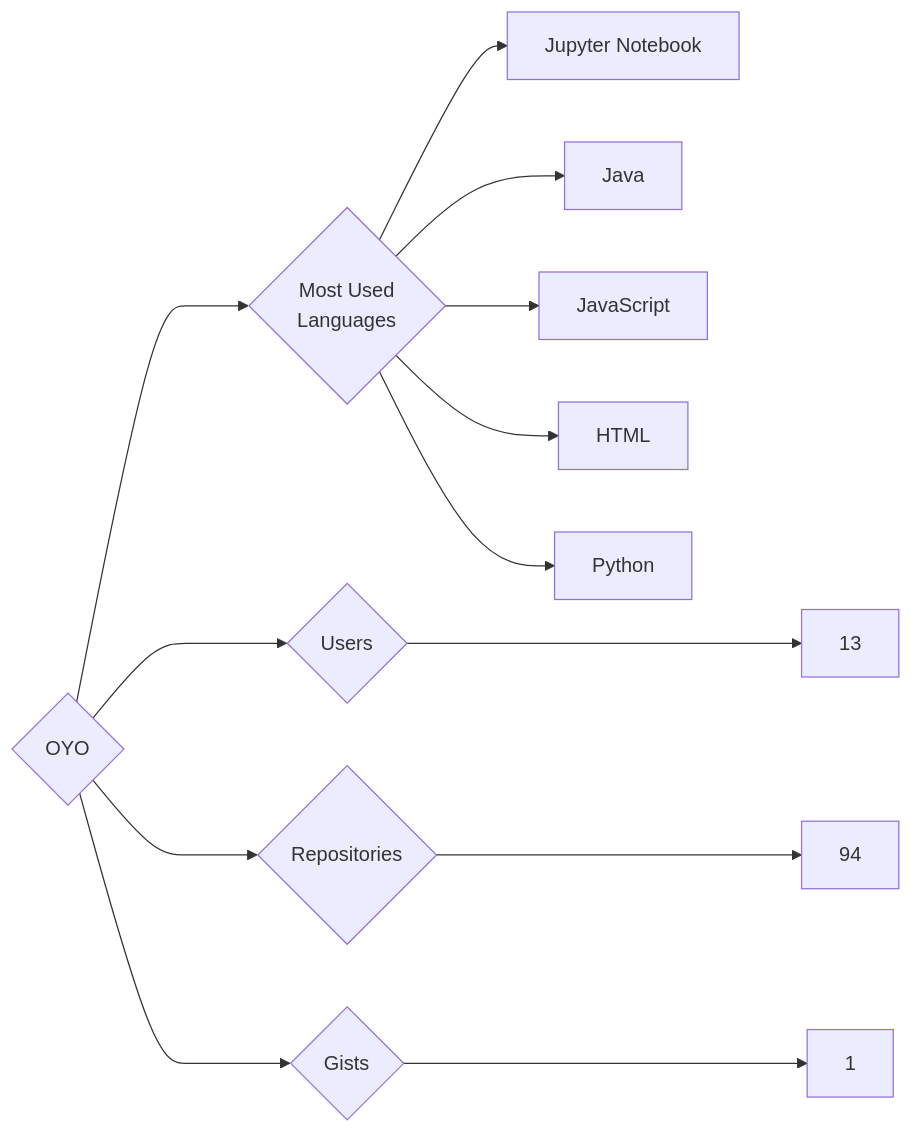
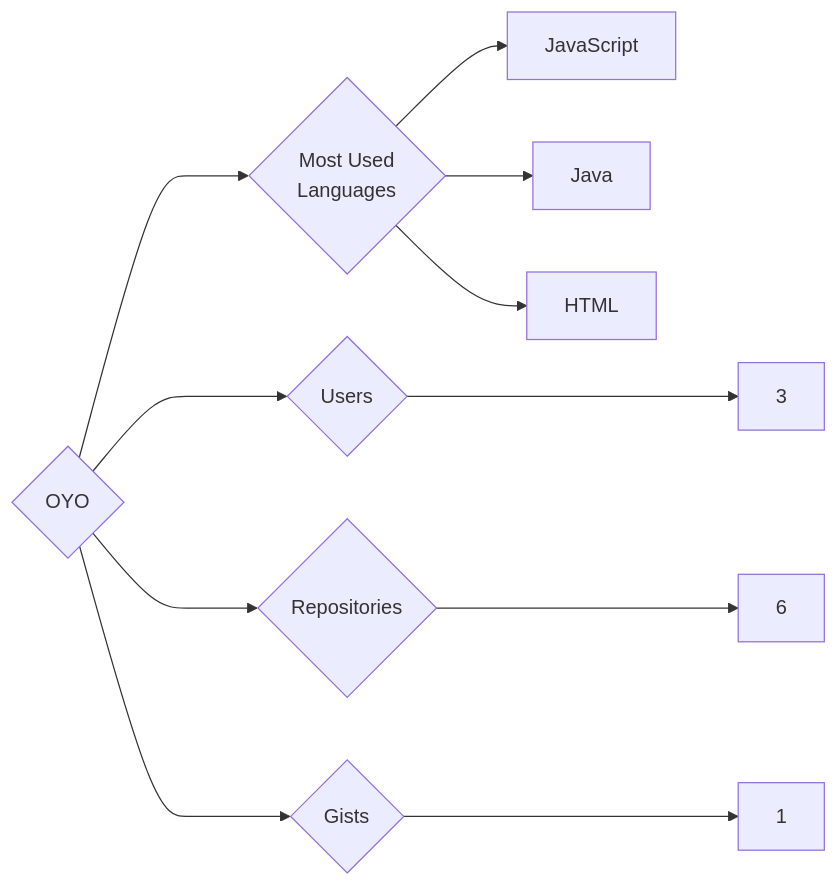
One commit to trickest/insiders changed the diagram in targets/OYO/README.md. Above: the diagram before and after it, drawn with Mermaid. The commit also changed 823 other files, not shown here.

````diff
--- a/targets/OYO/README.md
+++ b/targets/OYO/README.md
@@ -3,13 +3,11 @@
 ```mermaid
 graph LR
 COMPANY_NAME{OYO}
-COMPANY_NAME ---> U{Users} ---> UN[13]
-COMPANY_NAME ---> R{Repositories} ---> RN[94]
+COMPANY_NAME ---> U{Users} ---> UN[3]
+COMPANY_NAME ---> R{Repositories} ---> RN[6]
 COMPANY_NAME ---> G{Gists} ---> GN[1]
 COMPANY_NAME ---> ML{Most Used<br>Languages}
-ML --> Jupyter_Notebook[Jupyter Notebook]
+ML --> JavaScript[JavaScript]
 ML --> Java[Java]
-ML --> JavaScript[JavaScript]
 ML --> HTML[HTML]
-ML --> Python[Python]
 ```
````
